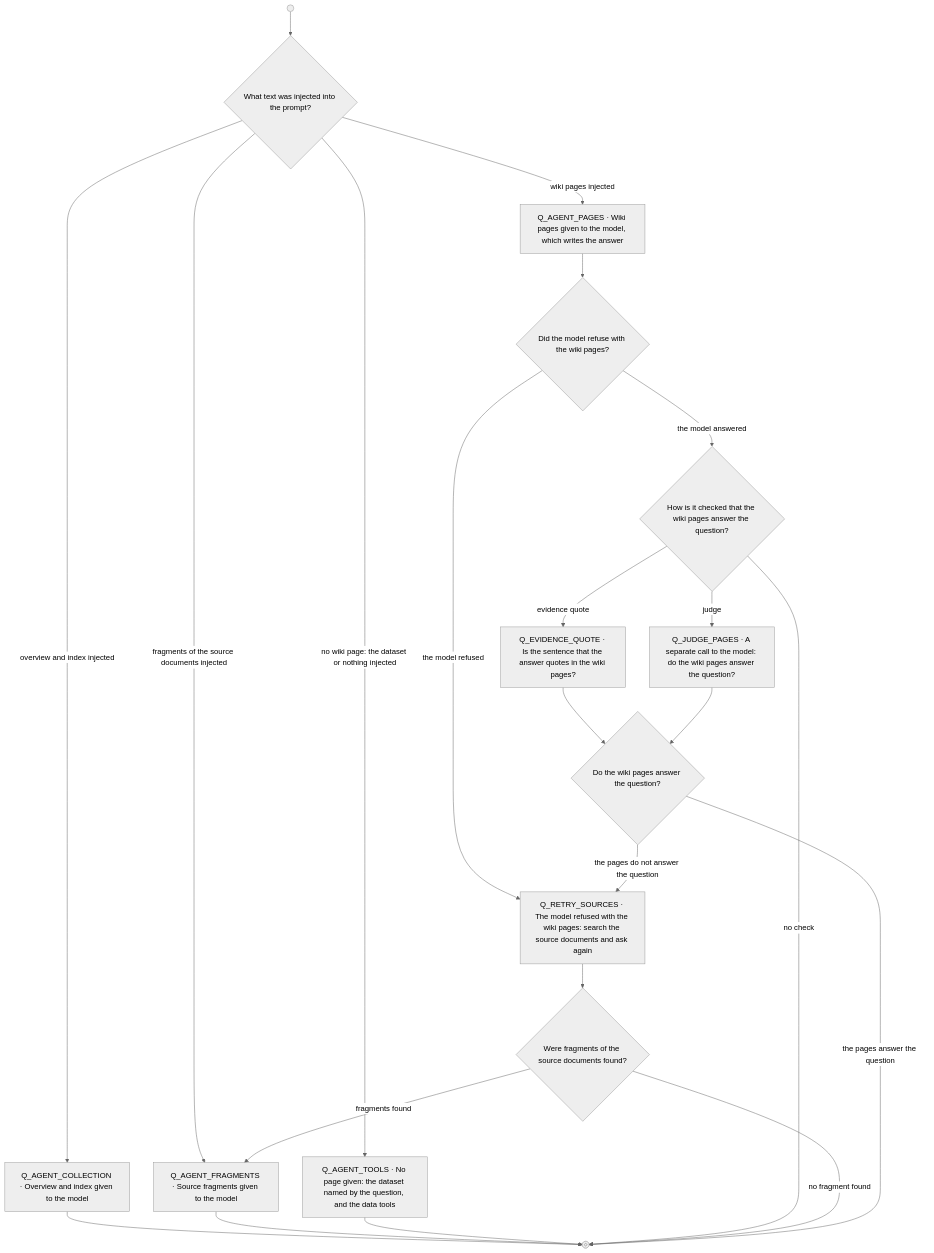
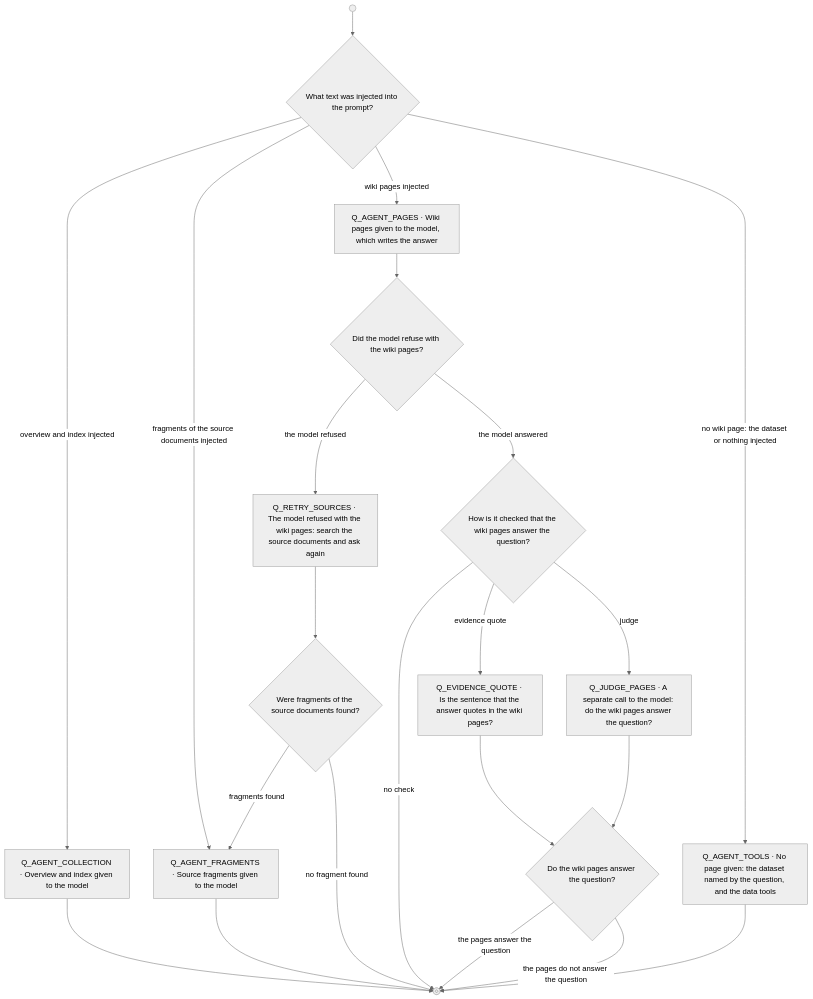
The second of 5 diagrams in docs/workflow_diagrams.md (Clod/llmwiki-marimo), drawn with Mermaid (neutral theme) before and after one commit. The commit also changed 9 other files, not shown here.

First line of the commit message:
fix(pre-retrieval): a failed check of the wiki pages keeps the answer, with a warning

````diff
--- a/docs/workflow_diagrams.md
+++ b/docs/workflow_diagrams.md
@@ -177,39 +177,39 @@
 ```mermaid
 flowchart TD
   wf_start@{ shape: sm-circ }
   wf_end@{ shape: fr-circ }
   model_call{"What text was injected into the prompt?"}
   Q_AGENT_COLLECTION["Q_AGENT_COLLECTION · Overview and index given to the model"]
   Q_AGENT_FRAGMENTS["Q_AGENT_FRAGMENTS · Source fragments given to the model"]
   Q_AGENT_PAGES["Q_AGENT_PAGES · Wiki pages given to the model, which writes the answer"]
   Q_AGENT_TOOLS["Q_AGENT_TOOLS · No page given: the dataset named by the question, and the data tools"]
   after_Q_AGENT_PAGES{"Did the model refuse with the wiki pages?"}
   Q_RETRY_SOURCES["Q_RETRY_SOURCES · The model refused with the wiki pages: search the source documents and ask again"]
   relevance{"How is it checked that the wiki pages answer the question?"}
   Q_EVIDENCE_QUOTE["Q_EVIDENCE_QUOTE · Is the sentence that the answer quotes in the wiki pages?"]
   Q_JUDGE_PAGES["Q_JUDGE_PAGES · A separate call to the model: do the wiki pages answer the question?"]
   after_Q_RETRY_SOURCES{"Were fragments of the source documents found?"}
   after_relevance{"Do the wiki pages answer the question?"}
 
   wf_start --> model_call
   model_call -->|"overview and index injected"| Q_AGENT_COLLECTION
   model_call -->|"fragments of the source documents injected"| Q_AGENT_FRAGMENTS
   model_call -->|"wiki pages injected"| Q_AGENT_PAGES
   model_call -->|"no wiki page: the dataset or nothing injected"| Q_AGENT_TOOLS
   Q_AGENT_COLLECTION --> wf_end
   Q_AGENT_FRAGMENTS --> wf_end
   Q_AGENT_PAGES --> after_Q_AGENT_PAGES
   Q_AGENT_TOOLS --> wf_end
   after_Q_AGENT_PAGES -->|"the model refused"| Q_RETRY_SOURCES
   after_Q_AGENT_PAGES -->|"the model answered"| relevance
   relevance -->|"no check"| wf_end
   Q_RETRY_SOURCES --> after_Q_RETRY_SOURCES
   relevance -->|"evidence quote"| Q_EVIDENCE_QUOTE
   relevance -->|"judge"| Q_JUDGE_PAGES
   after_Q_RETRY_SOURCES -->|"fragments found"| Q_AGENT_FRAGMENTS
   after_Q_RETRY_SOURCES -->|"no fragment found"| wf_end
   Q_EVIDENCE_QUOTE --> after_relevance
   Q_JUDGE_PAGES --> after_relevance
   after_relevance -->|"the pages answer the question"| wf_end
-  after_relevance -->|"the pages do not answer the question"| Q_RETRY_SOURCES
+  after_relevance -->|"the pages do not answer the question"| wf_end
 ```
````
